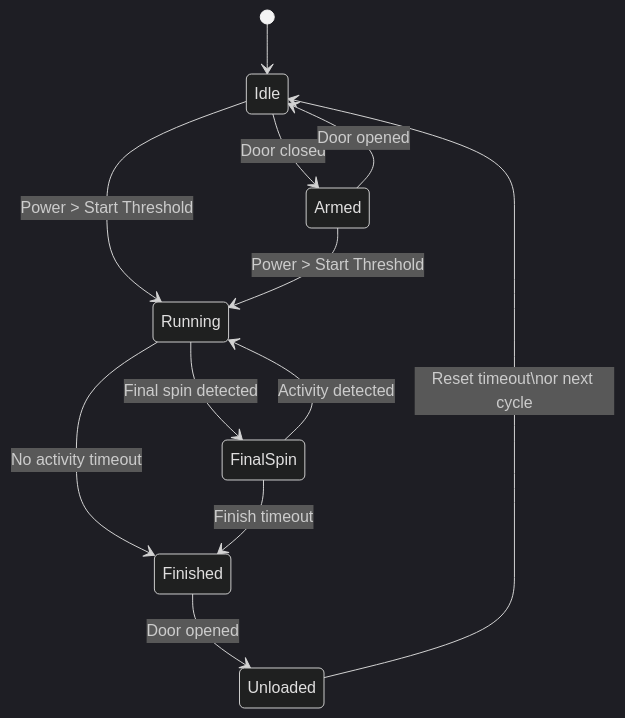
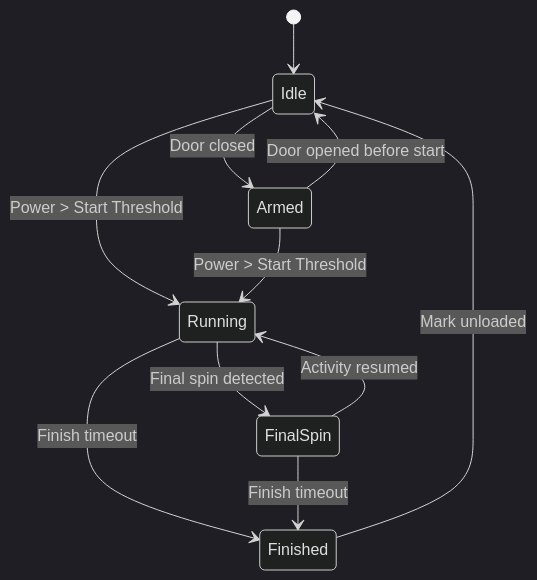
The diagram in docs/en/SPECIFICATION.md (undel-gh/HA-Laundry-Monitor), drawn with Mermaid (dark theme) before and after one commit. The commit also changed other lines of this file, not shown here.

````diff
--- a/docs/en/SPECIFICATION.md
+++ b/docs/en/SPECIFICATION.md
@@ -198,20 +198,18 @@
 ```mermaid
 stateDiagram-v2
     [*] --> Idle
 
     Idle --> Armed: Door closed
     Idle --> Running: Power > Start Threshold
 
     Armed --> Running: Power > Start Threshold
-    Armed --> Idle: Door opened
+    Armed --> Idle: Door opened before start
 
     Running --> FinalSpin: Final spin detected
-    Running --> Finished: No activity timeout
+    Running --> Finished: Finish timeout
 
-    FinalSpin --> Running: Activity detected
+    FinalSpin --> Running: Activity resumed
     FinalSpin --> Finished: Finish timeout
 
-    Finished --> Unloaded: Door opened
-
-    Unloaded --> Idle: Reset timeout\nor next cycle
+    Finished --> Idle: Mark unloaded
 ```
````
